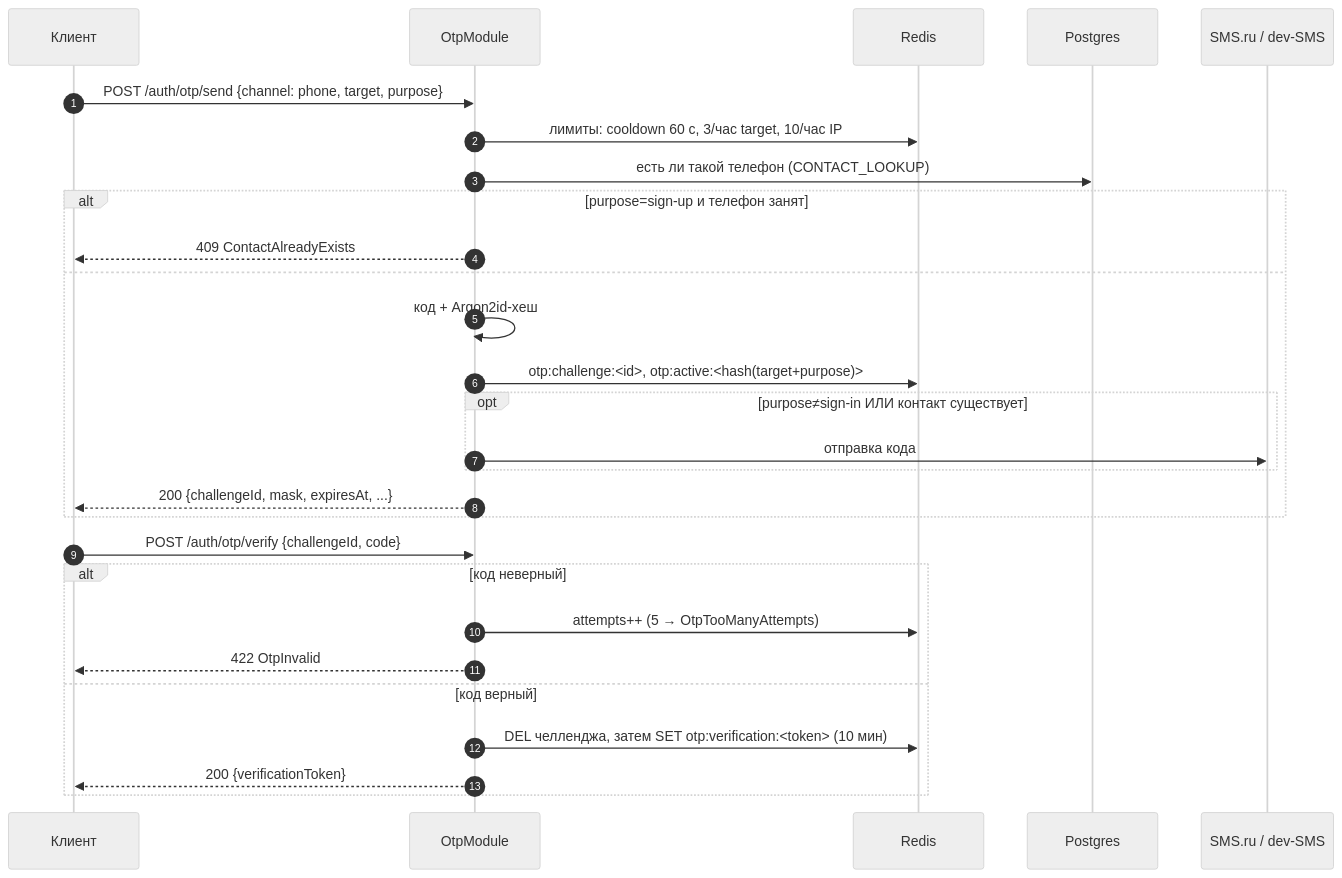
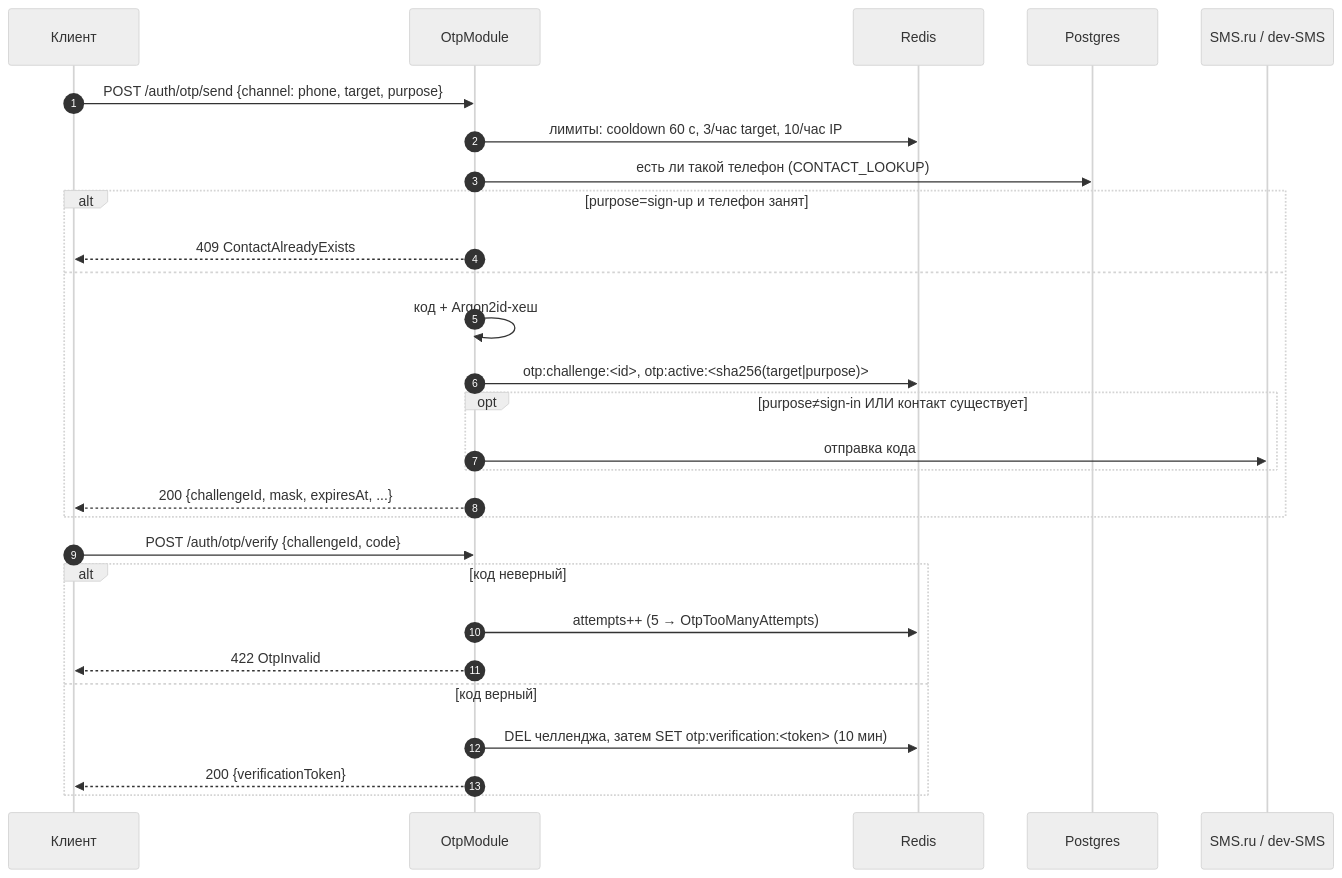
Before and after one commit to ivatutin/njs-server: the sixth of 13 diagrams in docs/AUTH-FLOWS.md, drawn with Mermaid (neutral theme). The commit also changed other lines of this file, not shown here.

First line of the commit message:
docs(auth-flows): add the call channel flow, otp:claim key and fix two inaccuracies

````diff
--- a/docs/AUTH-FLOWS.md
+++ b/docs/AUTH-FLOWS.md
@@ -231,32 +232,32 @@
 ```mermaid
 sequenceDiagram
     autonumber
     participant FE as Клиент
     participant API as OtpModule
     participant RD as Redis
     participant PG as Postgres
     participant SMS as SMS.ru / dev-SMS
 
     FE->>API: POST /auth/otp/send {channel: phone, target, purpose}
     API->>RD: лимиты: cooldown 60 c, 3/час target, 10/час IP
     API->>PG: есть ли такой телефон (CONTACT_LOOKUP)
     alt purpose=sign-up и телефон занят
         API-->>FE: 409 ContactAlreadyExists
     else
         API->>API: код + Argon2id-хеш
-        API->>RD: otp:challenge:<id>, otp:active:<hash(target+purpose)>
+        API->>RD: otp:challenge:<id>, otp:active:<sha256(target|purpose)>
         opt purpose≠sign-in ИЛИ контакт существует
             API->>SMS: отправка кода
         end
         API-->>FE: 200 {challengeId, mask, expiresAt, ...}
     end
 
     FE->>API: POST /auth/otp/verify {challengeId, code}
     alt код неверный
         API->>RD: attempts++ (5 → OtpTooManyAttempts)
         API-->>FE: 422 OtpInvalid
     else код верный
         API->>RD: DEL челленджа, затем SET otp:verification:<token> (10 мин)
         API-->>FE: 200 {verificationToken}
     end
 ```
````
